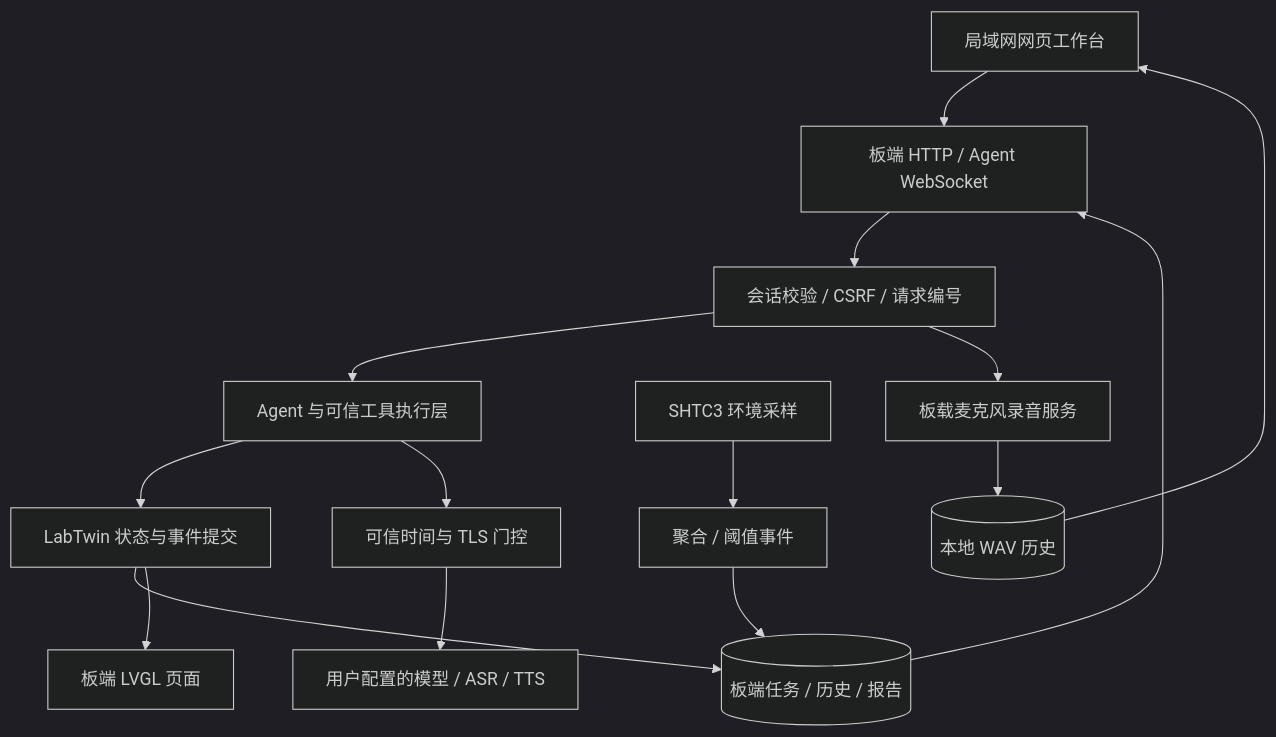
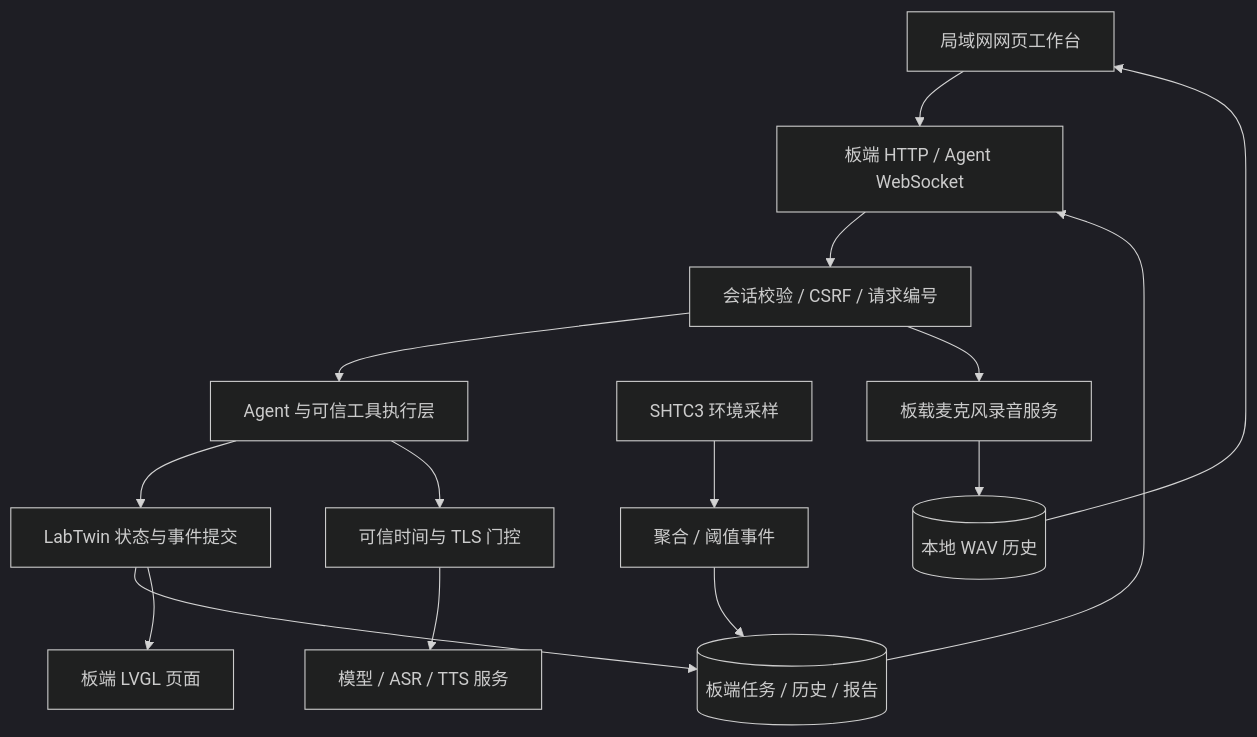
One commit to Charlielizi/contest2026_117_duiduidui changed the diagram in labtwin/docs/PROJECT.md. Above: the diagram before and after it, drawn with Mermaid (dark theme). The commit also changed other lines of this file and 7 other files, not shown here.

````diff
--- a/labtwin/docs/PROJECT.md
+++ b/labtwin/docs/PROJECT.md
@@ -65,17 +69,17 @@
 ```mermaid
 flowchart TB
   P[局域网网页工作台] --> G[板端 HTTP / Agent WebSocket]
   G --> A[会话校验 / CSRF / 请求编号]
   A --> T[Agent 与可信工具执行层]
   T --> C[LabTwin 状态与事件提交]
   C --> D[(板端任务 / 历史 / 报告)]
   C --> U[板端 LVGL 页面]
   S[SHTC3 环境采样] --> E[聚合 / 阈值事件]
   E --> D
   A --> R[板载麦克风录音服务]
   R --> W[(本地 WAV 历史)]
   W --> P
   D --> G
   T --> TLS[可信时间与 TLS 门控]
-  TLS --> Cloud[用户配置的模型 / ASR / TTS]
+  TLS --> Cloud[模型 / ASR / TTS 服务]
 ```
````
